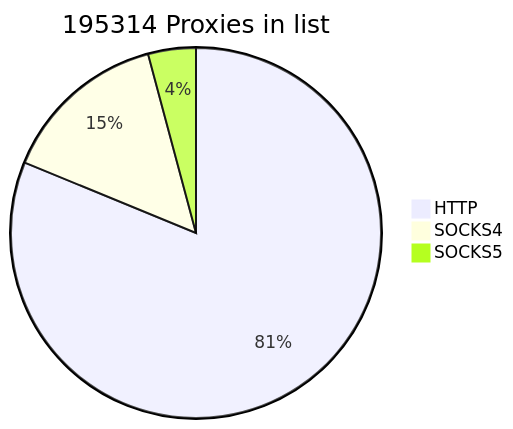
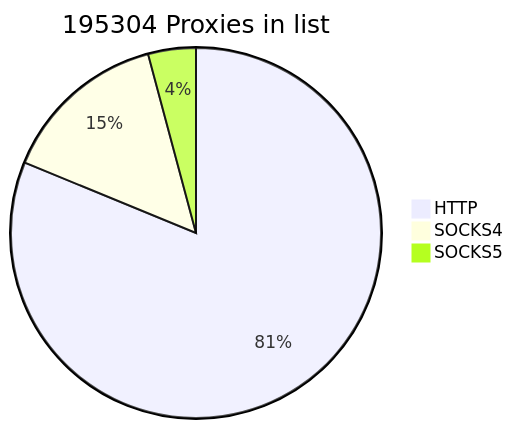
The first of 2 diagrams in README.md (cutipu/proxylist), drawn with Mermaid before and after one commit. The commit also changed other lines of this file, not shown here.

````diff
--- a/README.md
+++ b/README.md
@@ -2,7 +2,7 @@
 ```mermaid
-pie title 195314 Proxies in list
+pie title 195304 Proxies in list
     "HTTP" : 158605
-    "SOCKS4" : 28569
-    "SOCKS5" : 8140
+    "SOCKS4" : 28560
+    "SOCKS5" : 8139
             
 ```
````
